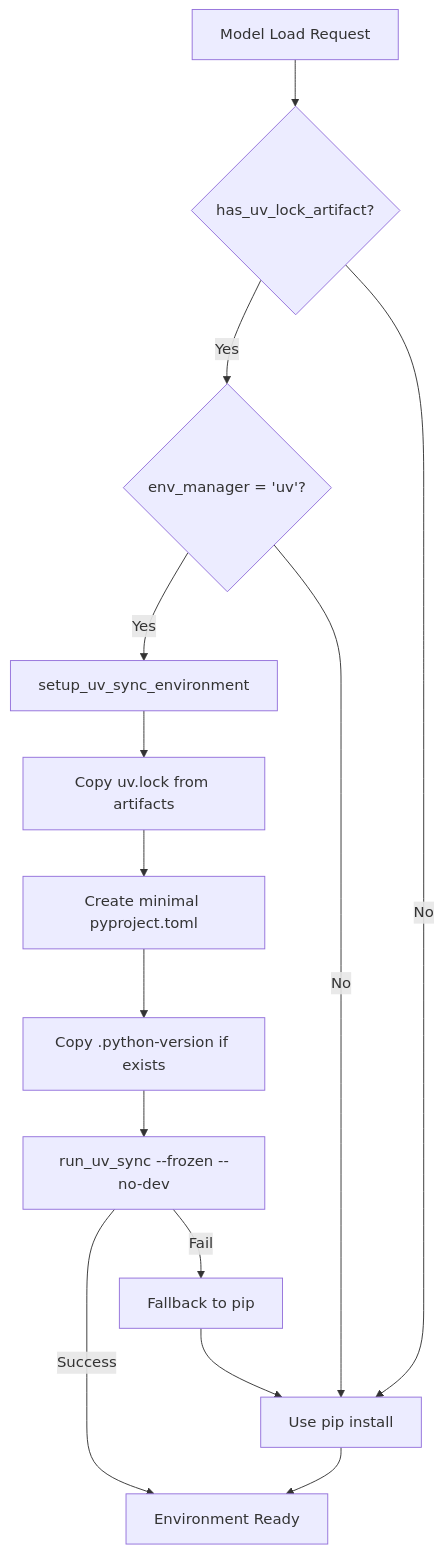
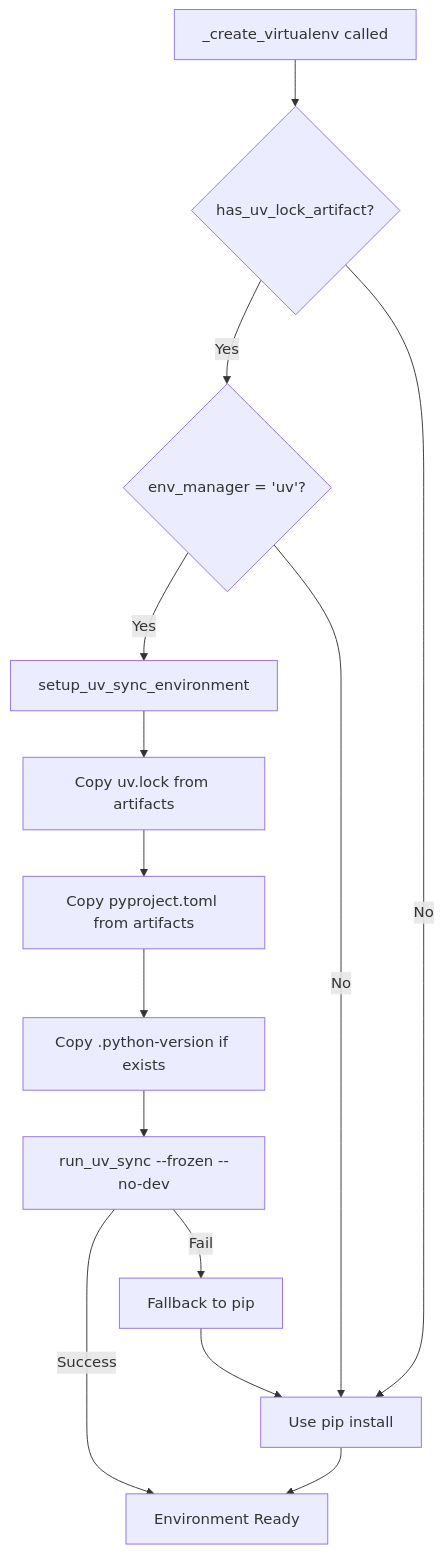
One commit to debu-sinha/design-docs changed the third of 3 diagrams in mlflow/uv-support-design-doc-v2.md. Above: the diagram before and after it, drawn with Mermaid. The commit also changed other lines of this file, not shown here.

Commit message:
Update design doc: uv_project_path rename, MLFLOW_UV_AUTO_DETECT env var, _create_virtualenv integration

````diff
--- a/mlflow/uv-support-design-doc-v2.md
+++ b/mlflow/uv-support-design-doc-v2.md
@@ -257,16 +285,16 @@
 ```mermaid
 flowchart TB
-    A[Model Load Request] --> B{has_uv_lock_artifact?}
+    A[_create_virtualenv called] --> B{has_uv_lock_artifact?}
     B -->|Yes| C{env_manager = 'uv'?}
     B -->|No| D[Use pip install]
     C -->|Yes| E[setup_uv_sync_environment]
     C -->|No| D
     E --> F[Copy uv.lock from artifacts]
-    F --> G[Create minimal pyproject.toml]
+    F --> G[Copy pyproject.toml from artifacts]
     G --> H[Copy .python-version if exists]
     H --> I[run_uv_sync --frozen --no-dev]
     I -->|Success| J[Environment Ready]
     I -->|Fail| K[Fallback to pip]
     K --> D
     D --> J
 ```
````
